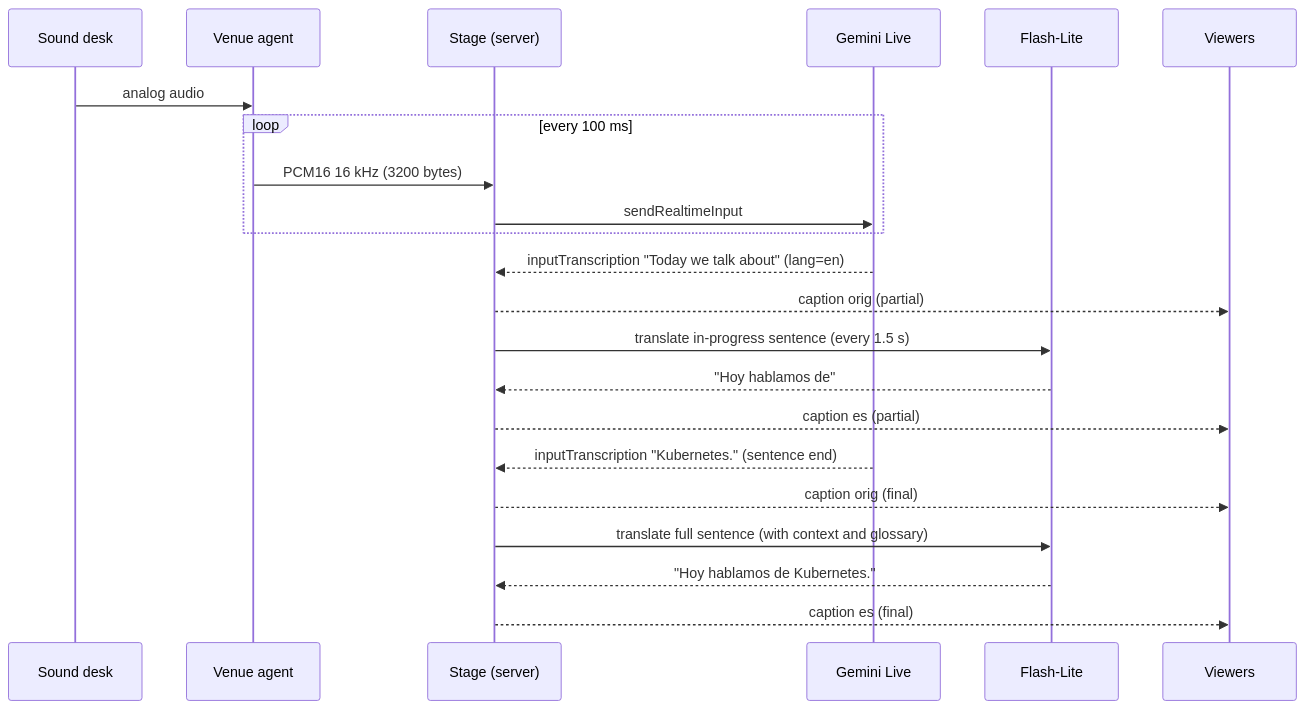
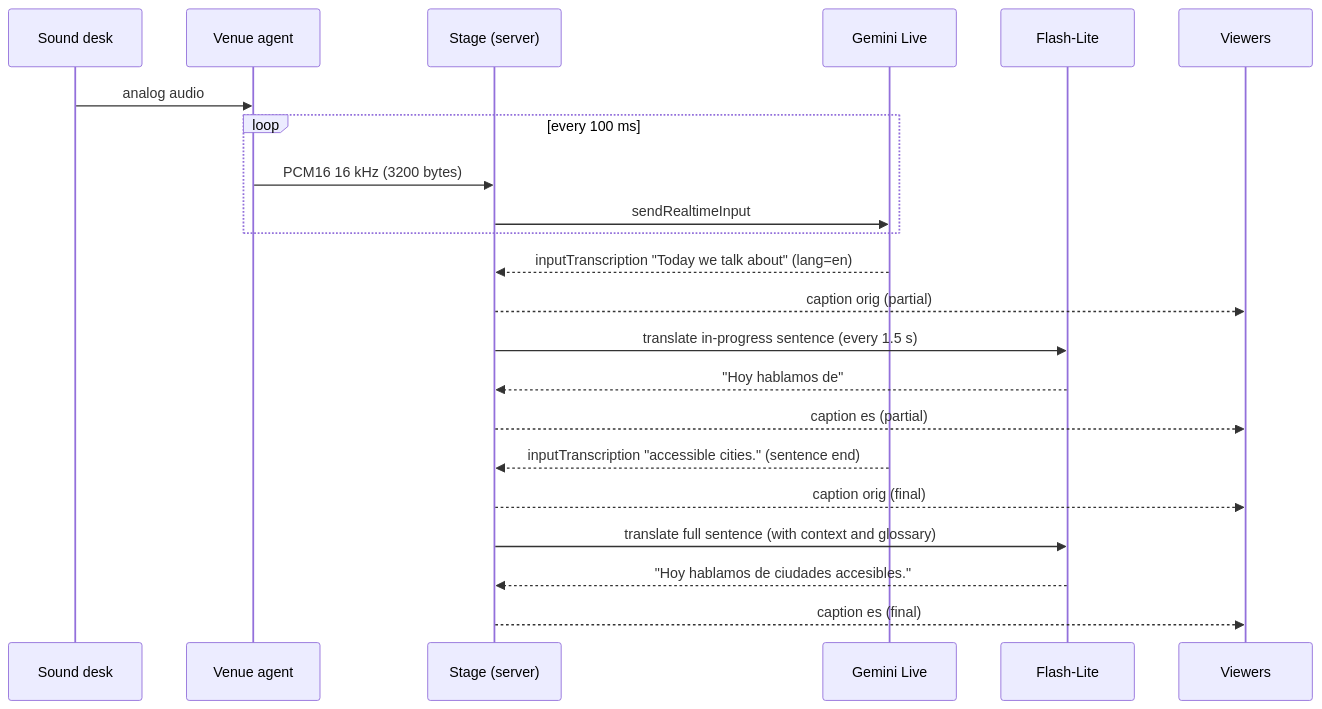
The second of 3 diagrams in docs/architecture.md (carraroesteban/opencaptions), drawn with Mermaid before and after one commit. The commit also changed 52 other files, not shown here.

````diff
--- a/docs/architecture.md
+++ b/docs/architecture.md
@@ -63,24 +63,24 @@
 ```mermaid
 sequenceDiagram
   participant Desk as Sound desk
   participant Agent as Venue agent
   participant Stage as Stage (server)
   participant Live as Gemini Live
   participant MT as Flash-Lite
   participant View as Viewers
   Desk->>Agent: analog audio
   loop every 100 ms
     Agent->>Stage: PCM16 16 kHz (3200 bytes)
     Stage->>Live: sendRealtimeInput
   end
   Live-->>Stage: inputTranscription "Today we talk about" (lang=en)
   Stage-->>View: caption orig (partial)
   Stage->>MT: translate in-progress sentence (every 1.5 s)
   MT-->>Stage: "Hoy hablamos de"
   Stage-->>View: caption es (partial)
-  Live-->>Stage: inputTranscription "Kubernetes." (sentence end)
+  Live-->>Stage: inputTranscription "accessible cities." (sentence end)
   Stage-->>View: caption orig (final)
   Stage->>MT: translate full sentence (with context and glossary)
-  MT-->>Stage: "Hoy hablamos de Kubernetes."
+  MT-->>Stage: "Hoy hablamos de ciudades accesibles."
   Stage-->>View: caption es (final)
 ```
````
